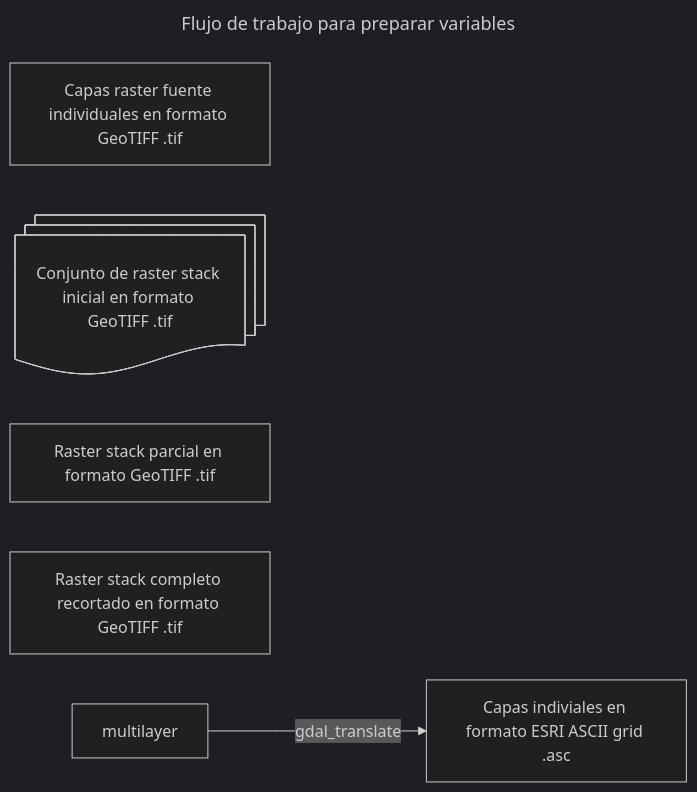
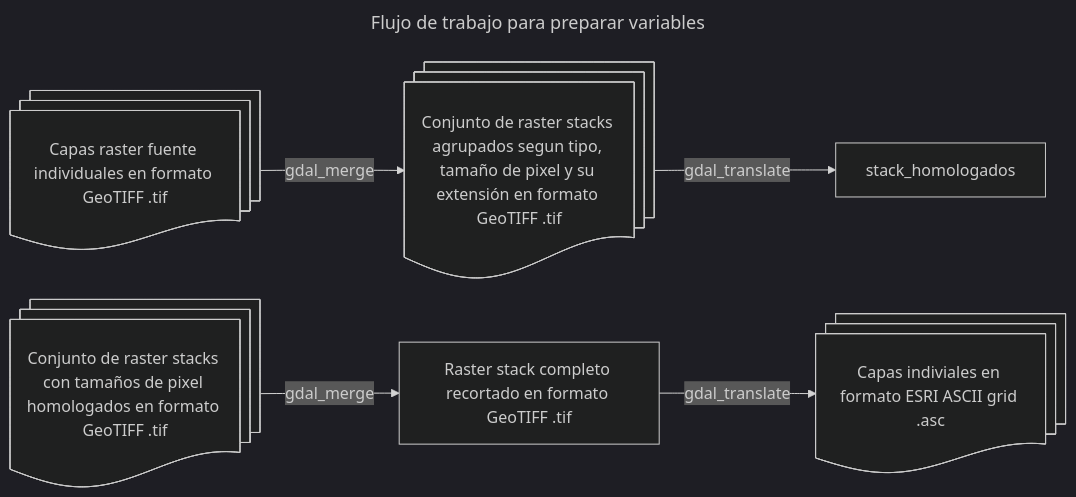
One commit to vshalisko/SDM changed the diagram in 2025_variables/variable_workflow.mermaid. Above: the diagram before and after it, drawn with Mermaid (dark theme).

```diff
--- a/2025_variables/variable_workflow.mermaid
+++ b/2025_variables/variable_workflow.mermaid
@@ -1,10 +1,13 @@
 ---
 title: Flujo de trabajo para preparar variables
 ---
 flowchart LR
-  rasters_fuente[Capas raster fuente individuales en formato GeoTIFF .tif]
-  stacks_por_tipo@{shape: docs, label: "Conjunto de raster stack inicial en formato GeoTIFF .tif"}
-  stack_preliminar[Raster stack parcial en formato GeoTIFF .tif]
-  stack[Raster stack completo recortado en formato GeoTIFF .tif]
-  asc[Capas indiviales en formato ESRI ASCII grid .asc]
-  multilayer --gdal_translate--> asc 
+  rasters_fuente@{shape: docs, label: "Capas raster fuente individuales en formato GeoTIFF .tif"}
+  stacks_por_tipo@{shape: docs, label: "Conjunto de raster stacks agrupados segun tipo, tamaño de pixel y su extensión en formato GeoTIFF .tif"}
+  stacks_homologados@{shape: docs, label: "Conjunto de raster stacks con tamaños de pixel homologados en formato GeoTIFF .tif"}
+  stack_completo[Raster stack completo recortado en formato GeoTIFF .tif]
+  asc@{shape: docs, label: "Capas indiviales en formato ESRI ASCII grid .asc"}
+  rasters_fuente --gdal_merge--> stacks_por_tipo 
+  stacks_por_tipo --gdal_translate--> stack_homologados
+  stacks_homologados --gdal_merge--> stack_completo
+  stack_completo --gdal_translate--> asc 
```
